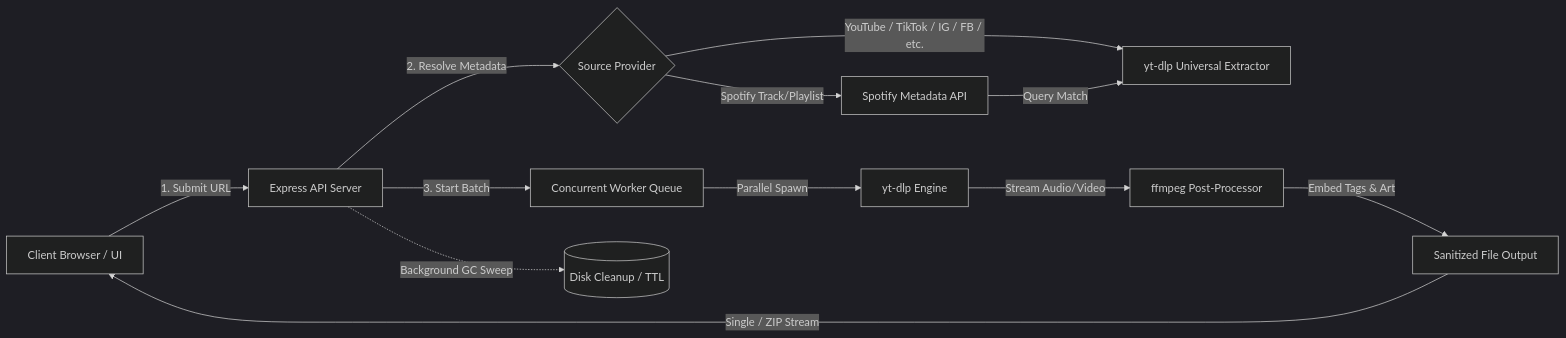
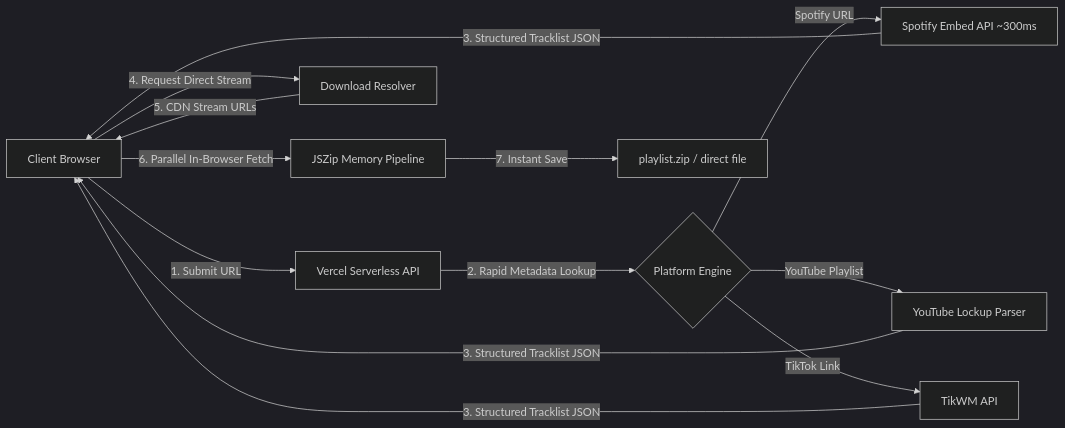
The diagram in README.md (satriaksm/playlistget), drawn with Mermaid (dark theme) before and after one commit. The commit also changed other lines of this file, not shown here.

Commit message:
Update README.md for vercel-api branch

````diff
--- a/README.md
+++ b/README.md
@@ -55,14 +52,13 @@
 ```mermaid
 flowchart LR
-    A[Client Browser / UI] -->|1. Submit URL| B[Express API Server]
-    B -->|2. Resolve Metadata| C{Source Provider}
-    C -->|Spotify Track/Playlist| D[Spotify Metadata API]
-    C -->|YouTube / TikTok / IG / FB / etc.| E[yt-dlp Universal Extractor]
-    D -->|Query Match| E
-    B -->|3. Start Batch| F[Concurrent Worker Queue]
-    F -->|Parallel Spawn| G[yt-dlp Engine]
-    G -->|Stream Audio/Video| H[ffmpeg Post-Processor]
-    H -->|Embed Tags & Art| I[Sanitized File Output]
-    I -->|Single / ZIP Stream| A
-    B -.->|Background GC Sweep| J[(Disk Cleanup / TTL)]
+    A[Client Browser] -->|1. Submit URL| B[Vercel Serverless API]
+    B -->|2. Rapid Metadata Lookup| C{Platform Engine}
+    C -->|Spotify URL| D[Spotify Embed API ~300ms]
+    C -->|YouTube Playlist| E[YouTube Lockup Parser]
+    C -->|TikTok Link| F[TikWM API]
+    D & E & F -->|3. Structured Tracklist JSON| A
+    A -->|4. Request Direct Stream| G[Download Resolver]
+    G -->|5. CDN Stream URLs| A
+    A -->|6. Parallel In-Browser Fetch| H[JSZip Memory Pipeline]
+    H -->|7. Instant Save| I[playlist.zip / direct file]
 ```
````
